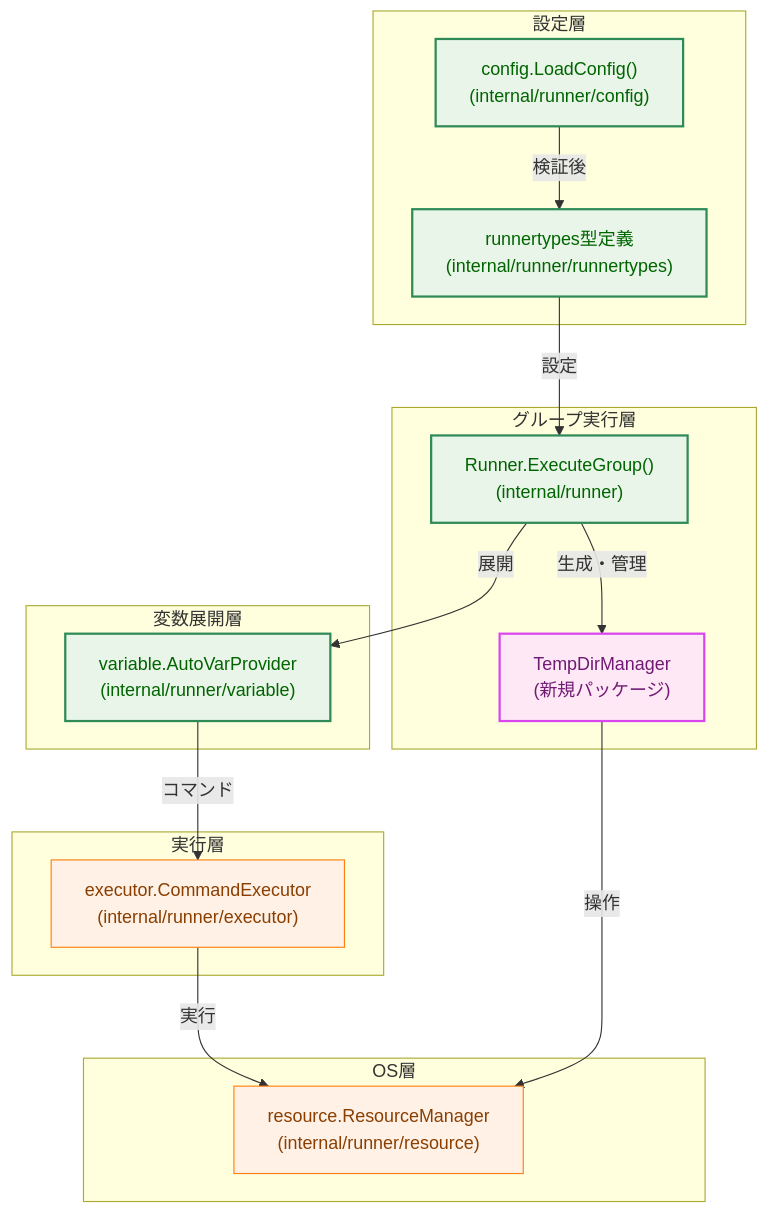
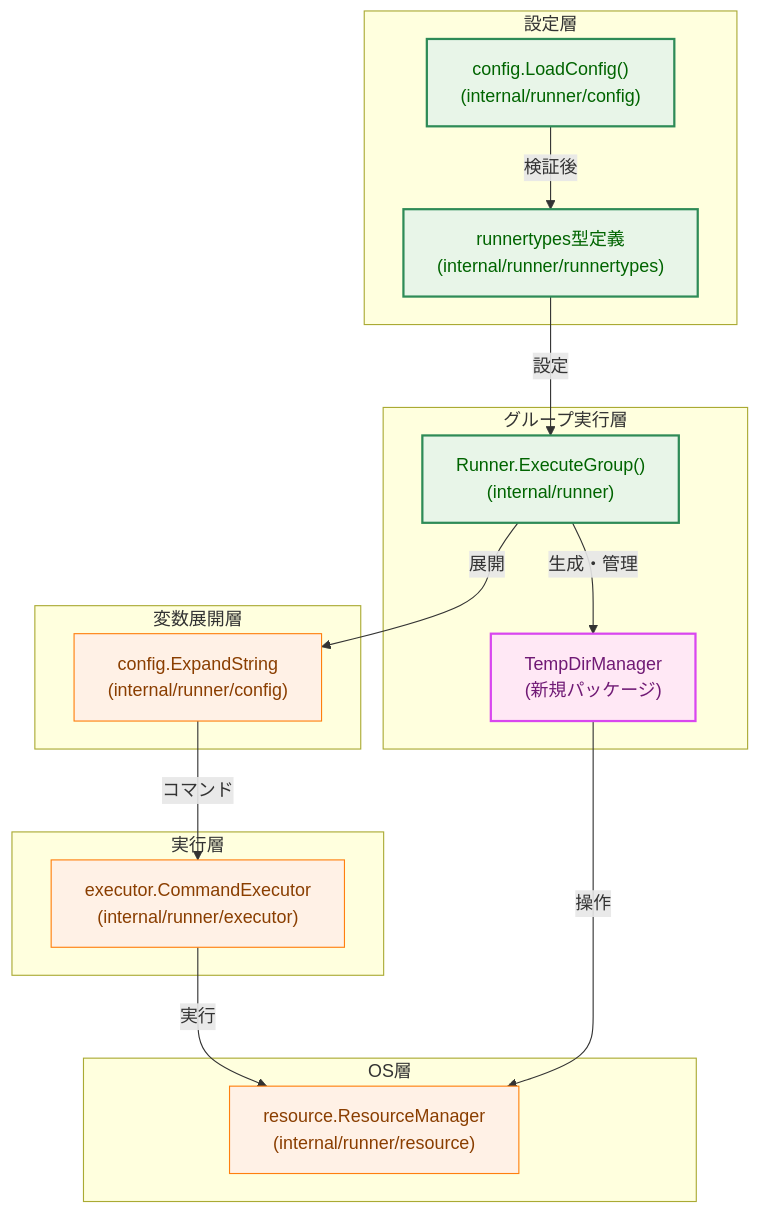
The second of 11 diagrams in docs/tasks/0034_workdir_redesign/02_architecture.md (isseis/go-safe-cmd-runner), drawn with Mermaid before and after one commit. The commit also changed other lines of this file and 1 other file, not shown here.

First line of the commit message:
Replace AutoVarProvider workflow with group.ExpandedVars __runner_workdir

````diff
--- a/docs/tasks/0034_workdir_redesign/02_architecture.md
+++ b/docs/tasks/0034_workdir_redesign/02_architecture.md
@@ -142,45 +142,45 @@
 ```mermaid
 graph TB
     classDef data fill:#e6f7ff,stroke:#1f77b4,stroke-width:1px,color:#0b3d91;
     classDef existing fill:#fff1e6,stroke:#ff7f0e,stroke-width:1px,color:#8a3e00;
     classDef enhanced fill:#e8f5e8,stroke:#2e8b57,stroke-width:2px,color:#006400;
     classDef new fill:#ffe8f5,stroke:#d946ef,stroke-width:2px,color:#701a75;
 
     subgraph ConfigLayer["設定層"]
         ConfigLoader["config.LoadConfig()<br/>(internal/runner/config)"]
         Validation["runnertypes型定義<br/>(internal/runner/runnertypes)"]
     end
 
     subgraph GroupLayer["グループ実行層"]
         Runner["Runner.ExecuteGroup()<br/>(internal/runner)"]
         TempDirManager["TempDirManager<br/>(新規パッケージ)"]
     end
 
     subgraph ExpansionLayer["変数展開層"]
-        VariableExpander["variable.AutoVarProvider<br/>(internal/runner/variable)"]
+        ConfigExpander["config.ExpandString<br/>(internal/runner/config)"]
     end
 
     subgraph ExecutionLayer["実行層"]
         CommandExecutor["executor.CommandExecutor<br/>(internal/runner/executor)"]
     end
 
     subgraph OSLayer["OS層"]
         ResourceManager["resource.ResourceManager<br/>(internal/runner/resource)"]
     end
 
     ConfigLoader -->|検証後| Validation
     Validation -->|設定| Runner
     Runner -->|生成・管理| TempDirManager
-    Runner -->|展開| VariableExpander
-    VariableExpander -->|コマンド| CommandExecutor
+    Runner -->|展開| ConfigExpander
+    ConfigExpander -->|コマンド| CommandExecutor
     CommandExecutor -->|実行| ResourceManager
     TempDirManager -->|操作| ResourceManager
 
     class ConfigLoader enhanced;
     class Validation enhanced;
     class Runner enhanced;
     class TempDirManager new;
-    class VariableExpander enhanced;
+    class ConfigExpander existing;
     class CommandExecutor existing;
     class ResourceManager existing;
 ```
````
